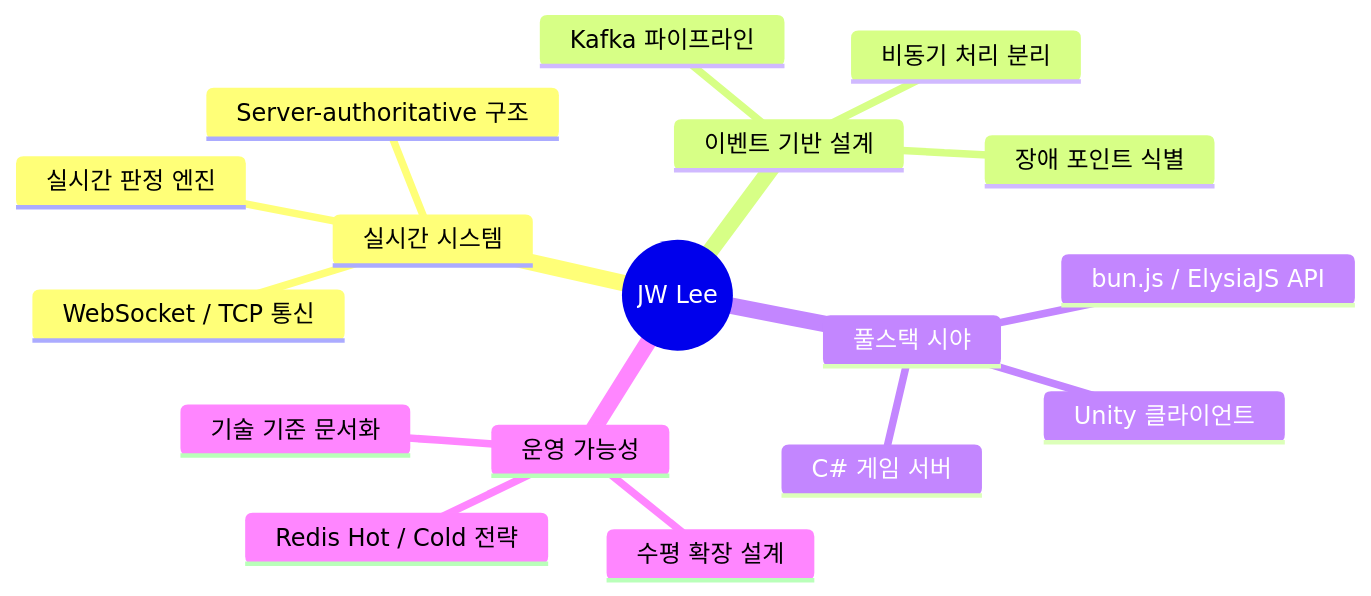
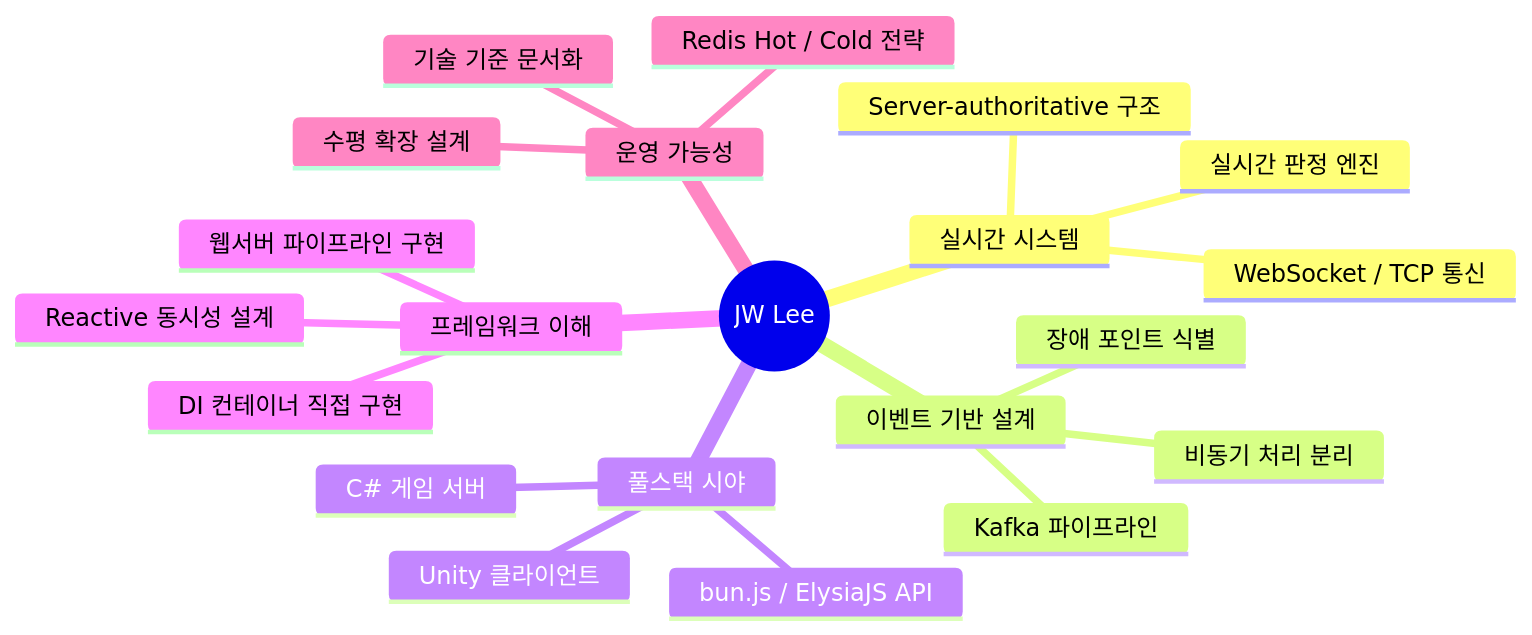
The eighth of 8 diagrams in README.md (1985jwlee/overview), drawn with Mermaid before and after one commit. The commit also changed other lines of this file, not shown here.

````diff
--- a/README.md
+++ b/README.md
@@ -211,20 +284,24 @@
 ```mermaid
 mindmap
   root((JW Lee))
     실시간 시스템
       Server-authoritative 구조
       WebSocket / TCP 통신
       실시간 판정 엔진
     이벤트 기반 설계
       Kafka 파이프라인
       비동기 처리 분리
       장애 포인트 식별
     풀스택 시야
       Unity 클라이언트
       C# 게임 서버
       bun.js / ElysiaJS API
+    프레임워크 이해
+      DI 컨테이너 직접 구현
+      웹서버 파이프라인 구현
+      Reactive 동시성 설계
     운영 가능성
       수평 확장 설계
       Redis Hot / Cold 전략
       기술 기준 문서화
 ```
````
